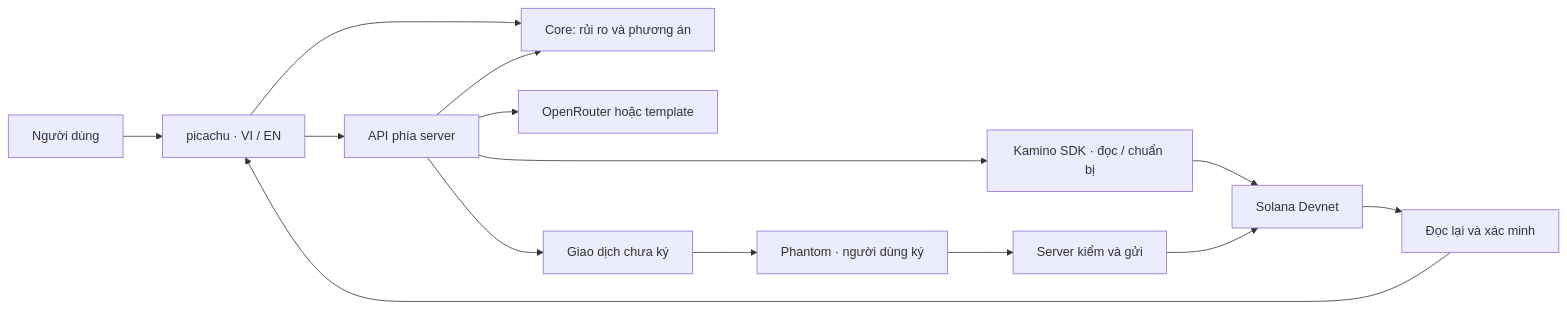
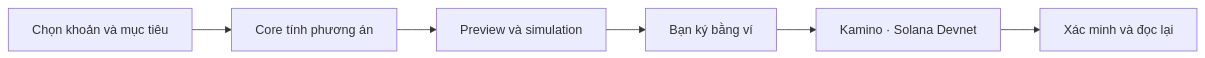
The diagram in README.md (2274802010922/BorrowRiskRepaymentAssistantVietNam), drawn with Mermaid before and after one commit. The commit also changed other lines of this file and 69 other files, not shown here.

````diff
--- a/README.md
+++ b/README.md
@@ -125,16 +81,8 @@
 ```mermaid
 flowchart LR
-    U["Người dùng"] --> UI["picachu · VI / EN"]
-    UI --> C["Core: rủi ro và phương án"]
-    UI --> API["API phía server"]
-    API --> C
-    API --> AI["OpenRouter hoặc template"]
-    API --> K["Kamino SDK · đọc / chuẩn bị"]
-    K --> D["Solana Devnet"]
-    API --> P["Giao dịch chưa ký"]
-    P --> W["Phantom · người dùng ký"]
-    W --> S["Server kiểm và gửi"]
-    S --> D
-    D --> V["Đọc lại và xác minh"]
-    V --> UI
+    U["Chọn khoản và mục tiêu"] --> P["Core tính phương án"]
+    P --> Q["Preview và simulation"]
+    Q --> W["Bạn ký bằng ví"]
+    W --> K["Kamino · Solana Devnet"]
+    K --> R["Xác minh và đọc lại"]
 ```
````
